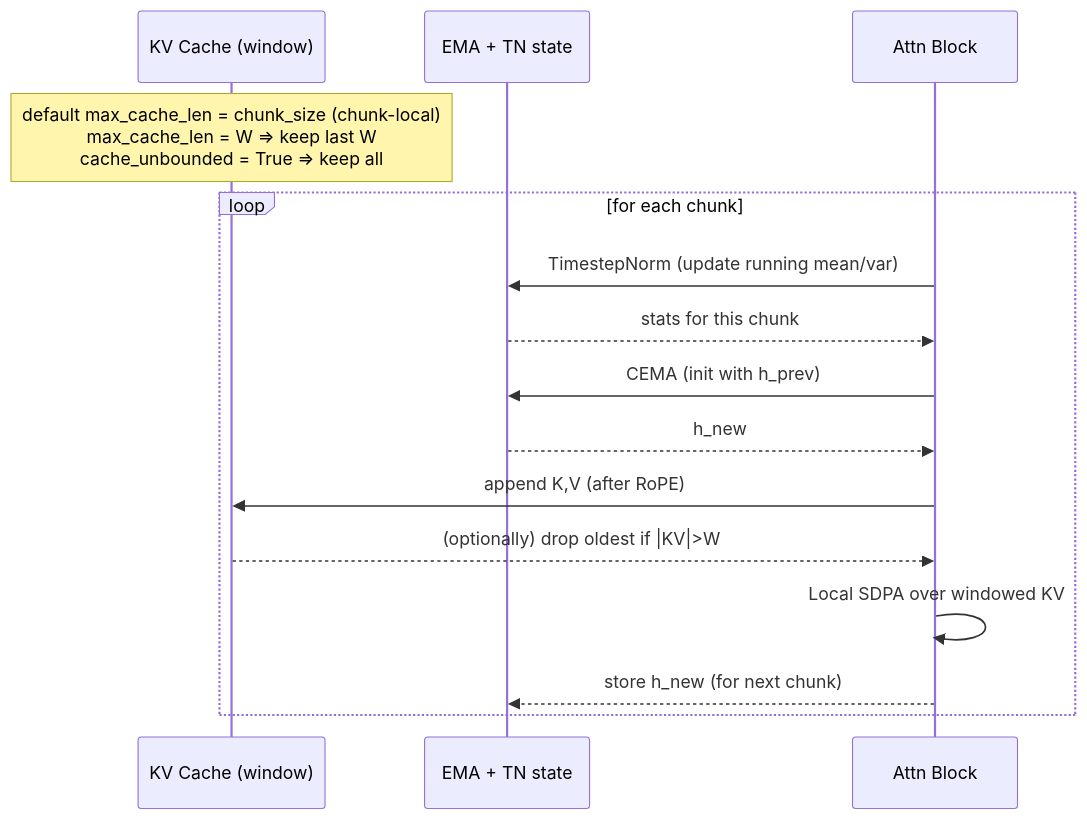
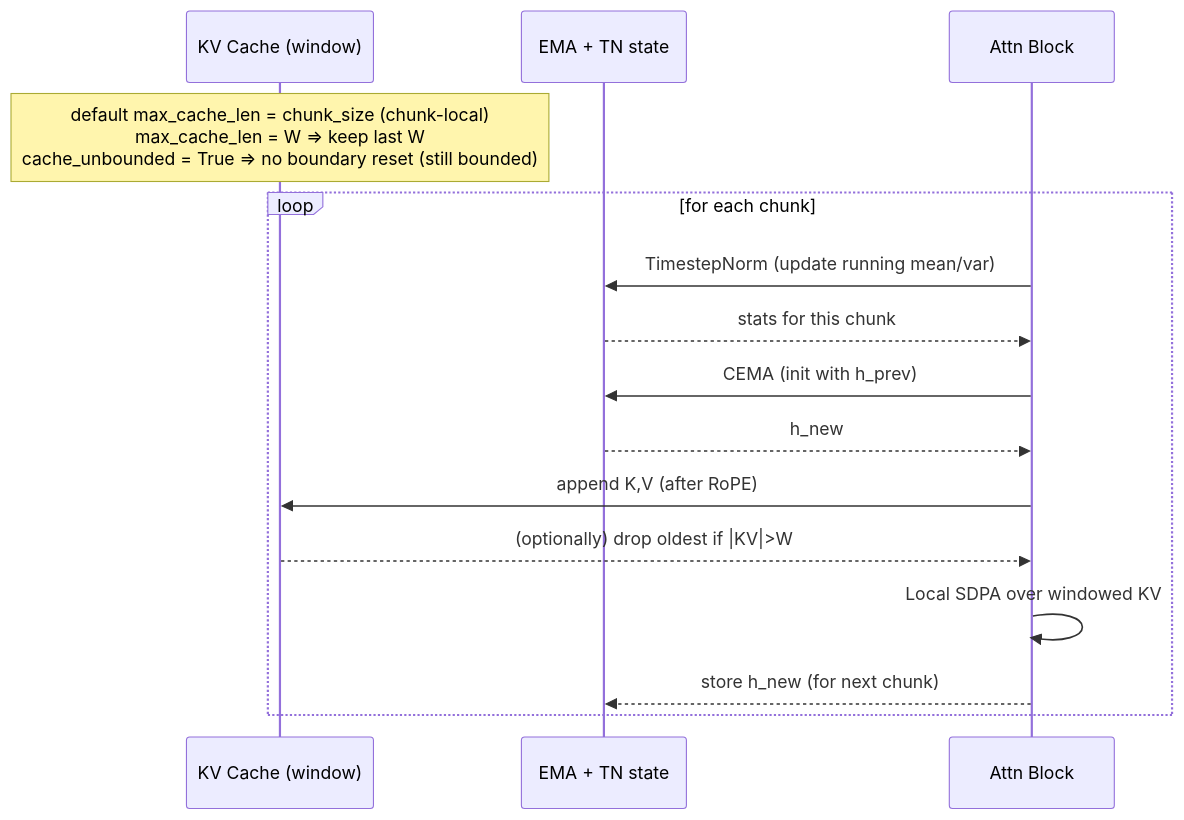
One commit to pszemraj/megalodon-jax changed the second of 3 diagrams in docs/long-context-streaming.md. Above: the diagram before and after it, drawn with Mermaid. The commit also changed other lines of this file and 17 other files, not shown here.

````diff
--- a/docs/long-context-streaming.md
+++ b/docs/long-context-streaming.md
@@ -55,18 +55,18 @@
 ```mermaid
 sequenceDiagram
     participant Cache as KV Cache (window)
     participant State as EMA + TN state
     participant Block as Attn Block
-    Note over Cache: default max_cache_len = chunk_size (chunk-local)<br/>max_cache_len = W => keep last W<br/>cache_unbounded = True => keep all
+    Note over Cache: default max_cache_len = chunk_size (chunk-local)<br/>max_cache_len = W => keep last W<br/>cache_unbounded = True => no boundary reset (still bounded)
 
     Loop for each chunk
         Block->>State: TimestepNorm (update running mean/var)
         State-->>Block: stats for this chunk
         Block->>State: CEMA (init with h_prev)
         State-->>Block: h_new
         Block->>Cache: append K,V (after RoPE)
         Cache-->>Block: (optionally) drop oldest if |KV|>W
         Block->>Block: Local SDPA over windowed KV
         Block-->>State: store h_new (for next chunk)
     end
 ```
````
